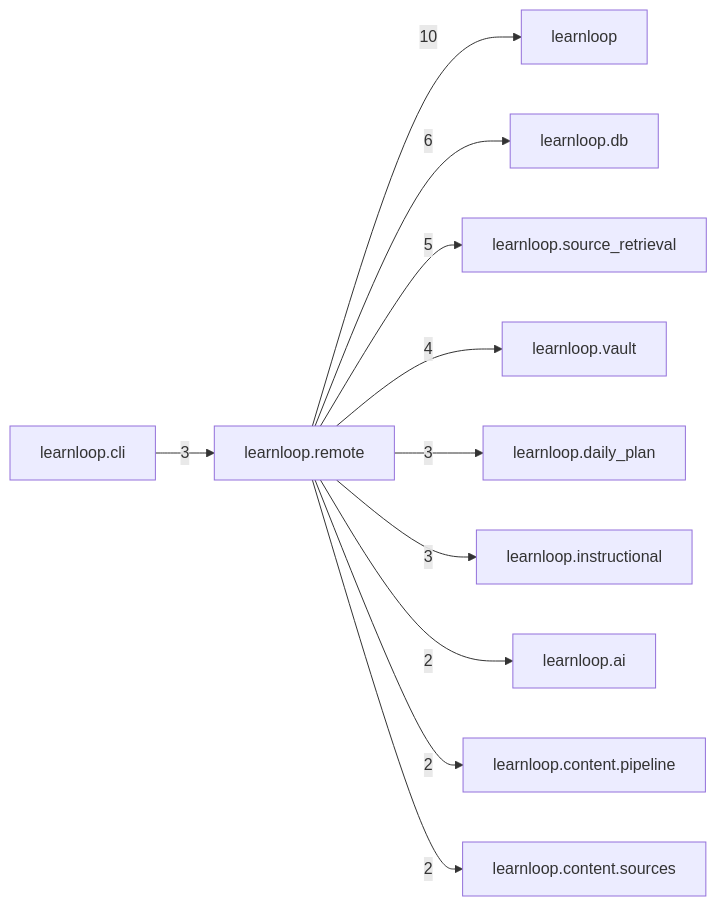
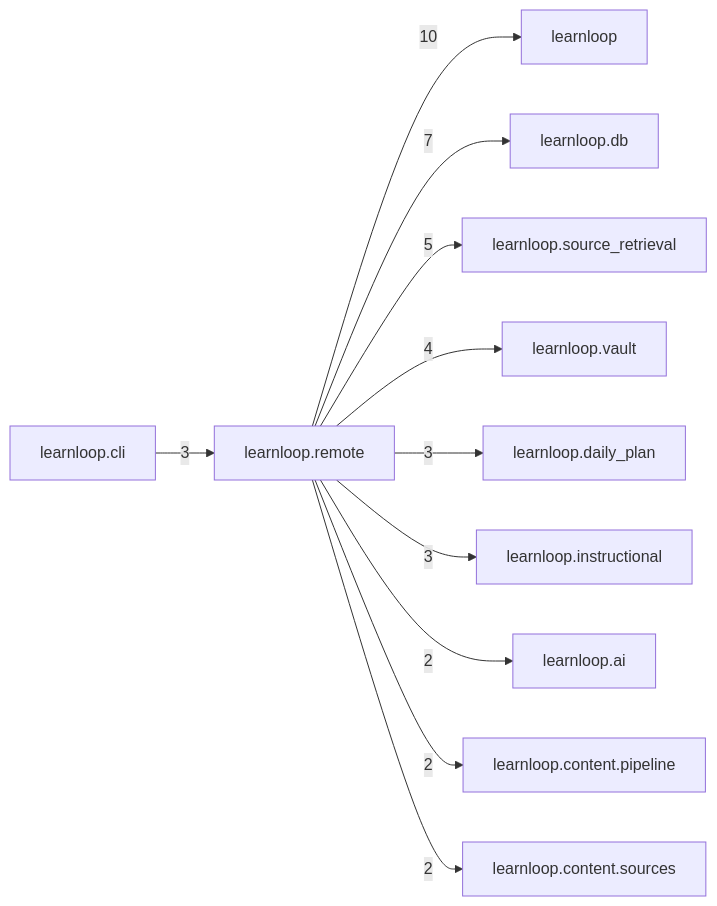
The diagram in docs/learnloop-architecture-vault/Reference/Modules/learnloop/remote/_package.md (6up-b/learnanything), drawn with Mermaid before and after one commit. The commit also changed other lines of this file and 94 other files, not shown here.

````diff
--- a/docs/learnloop-architecture-vault/Reference/Modules/learnloop/remote/_package.md
+++ b/docs/learnloop-architecture-vault/Reference/Modules/learnloop/remote/_package.md
@@ -88,24 +88,24 @@
 ```mermaid
 flowchart LR
     center["learnloop.remote"]
     n_learnloop["learnloop"]
     n_learnloop_db["learnloop.db"]
     n_learnloop_source_retrieval["learnloop.source_retrieval"]
     n_learnloop_vault["learnloop.vault"]
     n_learnloop_cli["learnloop.cli"]
     n_learnloop_daily_plan["learnloop.daily_plan"]
     n_learnloop_instructional["learnloop.instructional"]
     n_learnloop_ai["learnloop.ai"]
     n_learnloop_content_pipeline["learnloop.content.pipeline"]
     n_learnloop_content_sources["learnloop.content.sources"]
     center -->|10| n_learnloop
-    center -->|6| n_learnloop_db
+    center -->|7| n_learnloop_db
     center -->|5| n_learnloop_source_retrieval
     center -->|4| n_learnloop_vault
     n_learnloop_cli -->|3| center
     center -->|3| n_learnloop_daily_plan
     center -->|3| n_learnloop_instructional
     center -->|2| n_learnloop_ai
     center -->|2| n_learnloop_content_pipeline
     center -->|2| n_learnloop_content_sources
 ```
````
